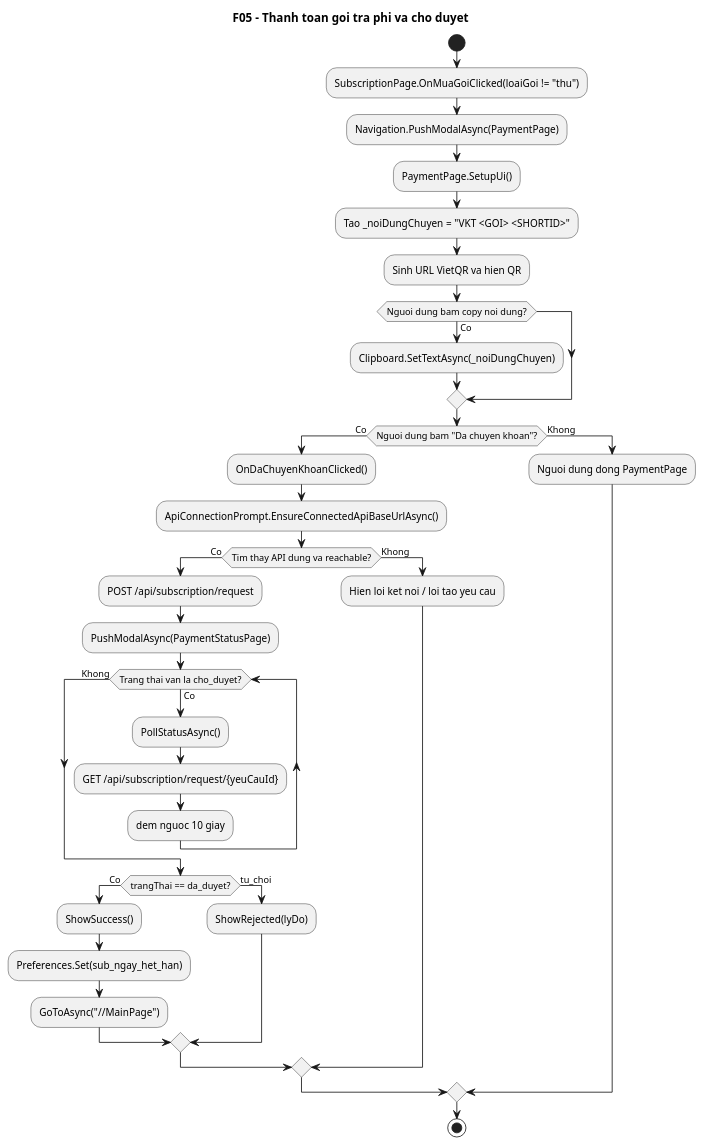
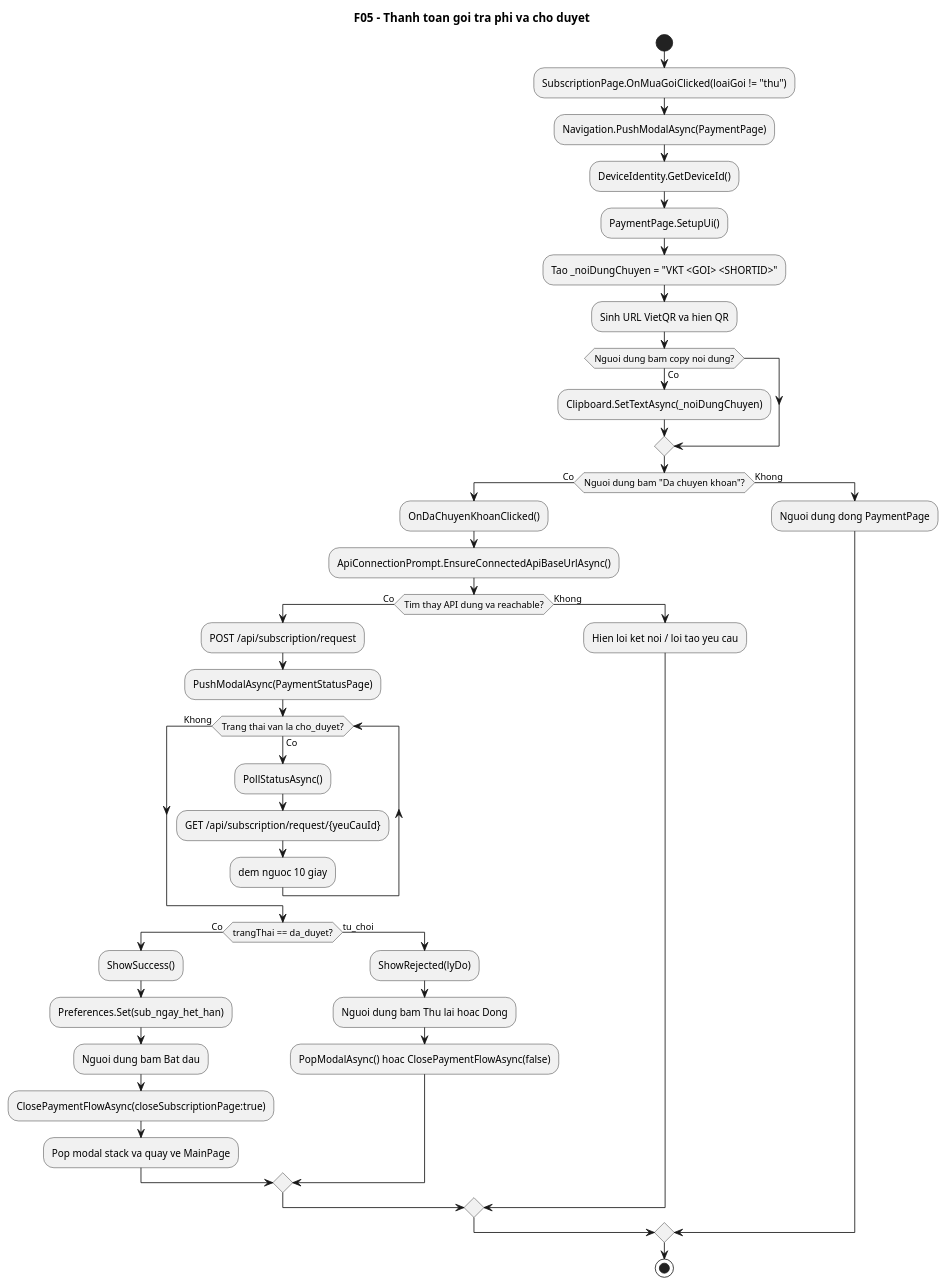
One commit to VoBao182/PhoAmThuc changed the diagram in docs/diagrams/05-paid-plan-activity.puml. Above: the diagram before and after it, drawn with PlantUML. The commit also changed 60 other files, not shown here.

```diff
--- a/docs/diagrams/05-paid-plan-activity.puml
+++ b/docs/diagrams/05-paid-plan-activity.puml
@@ -1,49 +1,55 @@
 @startuml
 ' Diagram: F05 - Thanh toan goi tra phi va cho duyet (Activity)
 ' Status: WIP
-' Baseline: branch master, HEAD a5fde70
+' Baseline: branch master, HEAD 0b9ca4b + working tree 2026-04-22
 ' Source:
 ' - VinhKhanhTourDemo/PaymentPage.xaml.cs: SetupUi(), OnCopyNoiDungClicked(), OnDaChuyenKhoanClicked()
+' - VinhKhanhTourDemo/DeviceIdentity.cs: GetDeviceId()
 ' - VinhKhanhTourDemo/ApiConnectionPrompt.cs: EnsureConnectedApiBaseUrlAsync()
-' - VinhKhanhTourDemo/PaymentStatusPage.xaml.cs: OnAppearing(), StartPollingAsync(), PollStatusAsync(), ShowSuccess(), ShowRejected()
+' - VinhKhanhTourDemo/PaymentStatusPage.xaml.cs: OnAppearing(), StartPollingAsync(), PollStatusAsync(), ShowSuccess(), ShowRejected(), ClosePaymentFlowAsync()
 ' - VinhKhanhTour.API/Controllers/SubscriptionController.cs: CreateRequest(), GetRequestStatus()
-' Note: Da bo sung prompt ket noi API truoc khi tao yeu cau thanh toan; luong polling va duyet thu cong duoc giu nguyen.
+' Note: Da sync theo code hien tai: PaymentPage dung DeviceIdentity.GetDeviceId(), PaymentStatusPage dong flow bang ClosePaymentFlowAsync thay vi GoToAsync.
 title F05 - Thanh toan goi tra phi va cho duyet
 start
 :SubscriptionPage.OnMuaGoiClicked(loaiGoi != "thu");
 :Navigation.PushModalAsync(PaymentPage);
+:DeviceIdentity.GetDeviceId();
 :PaymentPage.SetupUi();
 :Tao _noiDungChuyen = "VKT <GOI> <SHORTID>";
 :Sinh URL VietQR va hien QR;
 
 if (Nguoi dung bam copy noi dung?) then (Co)
   :Clipboard.SetTextAsync(_noiDungChuyen);
 endif
 
 if (Nguoi dung bam "Da chuyen khoan"?) then (Co)
   :OnDaChuyenKhoanClicked();
   :ApiConnectionPrompt.EnsureConnectedApiBaseUrlAsync();
   if (Tim thay API dung va reachable?) then (Co)
     :POST /api/subscription/request;
     :PushModalAsync(PaymentStatusPage);
     while (Trang thai van la cho_duyet?) is (Co)
       :PollStatusAsync();
       :GET /api/subscription/request/{yeuCauId};
       :dem nguoc 10 giay;
     endwhile (Khong)
 
     if (trangThai == da_duyet?) then (Co)
       :ShowSuccess();
       :Preferences.Set(sub_ngay_het_han);
-      :GoToAsync("//MainPage");
+      :Nguoi dung bam Bat dau;
+      :ClosePaymentFlowAsync(closeSubscriptionPage:true);
+      :Pop modal stack va quay ve MainPage;
     else (tu_choi)
       :ShowRejected(lyDo);
+      :Nguoi dung bam Thu lai hoac Dong;
+      :PopModalAsync() hoac ClosePaymentFlowAsync(false);
     endif
   else (Khong)
     :Hien loi ket noi / loi tao yeu cau;
   endif
 else (Khong)
   :Nguoi dung dong PaymentPage;
 endif
 stop
 @enduml
```
